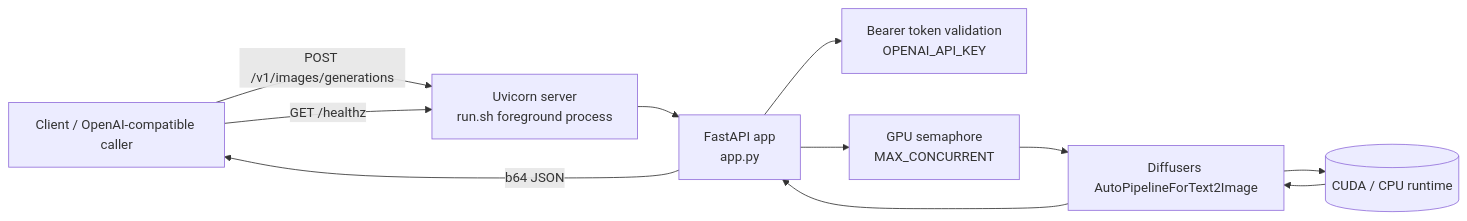
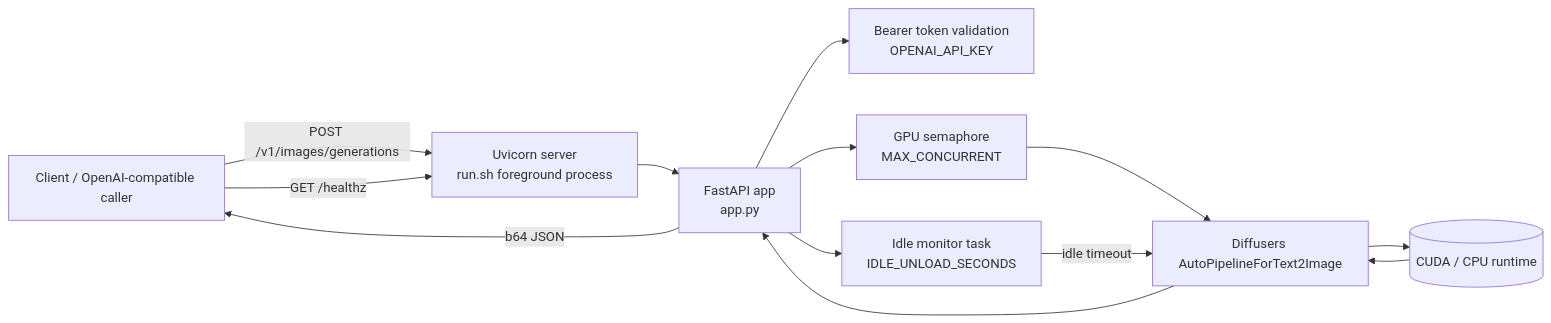
One commit to ynotopec/api-txt2image changed the diagram in ARCHITECTURE.md. Above: the diagram before and after it, drawn with Mermaid. The commit also changed other lines of this file and 2 other files, not shown here.

Commit message:
Document idle GPU unload and add .env.example

````diff
--- a/ARCHITECTURE.md
+++ b/ARCHITECTURE.md
@@ -3,21 +3,24 @@
 ```mermaid
 flowchart LR
     Client[Client / OpenAI-compatible caller]
     Uvicorn[Uvicorn server\nrun.sh foreground process]
     API[FastAPI app\napp.py]
     Auth[Bearer token validation\nOPENAI_API_KEY]
     Queue[GPU semaphore\nMAX_CONCURRENT]
     Pipeline[Diffusers AutoPipelineForText2Image]
+    Idle[Idle monitor task\nIDLE_UNLOAD_SECONDS]
     GPU[(CUDA / CPU runtime)]
 
     Client -->|POST /v1/images/generations| Uvicorn
     Client -->|GET /healthz| Uvicorn
     Uvicorn --> API
     API --> Auth
     API --> Queue
     Queue --> Pipeline
+    API --> Idle
+    Idle -->|idle timeout| Pipeline
     Pipeline --> GPU
     GPU --> Pipeline
     Pipeline --> API
     API -->|b64 JSON| Client
 ```
````
